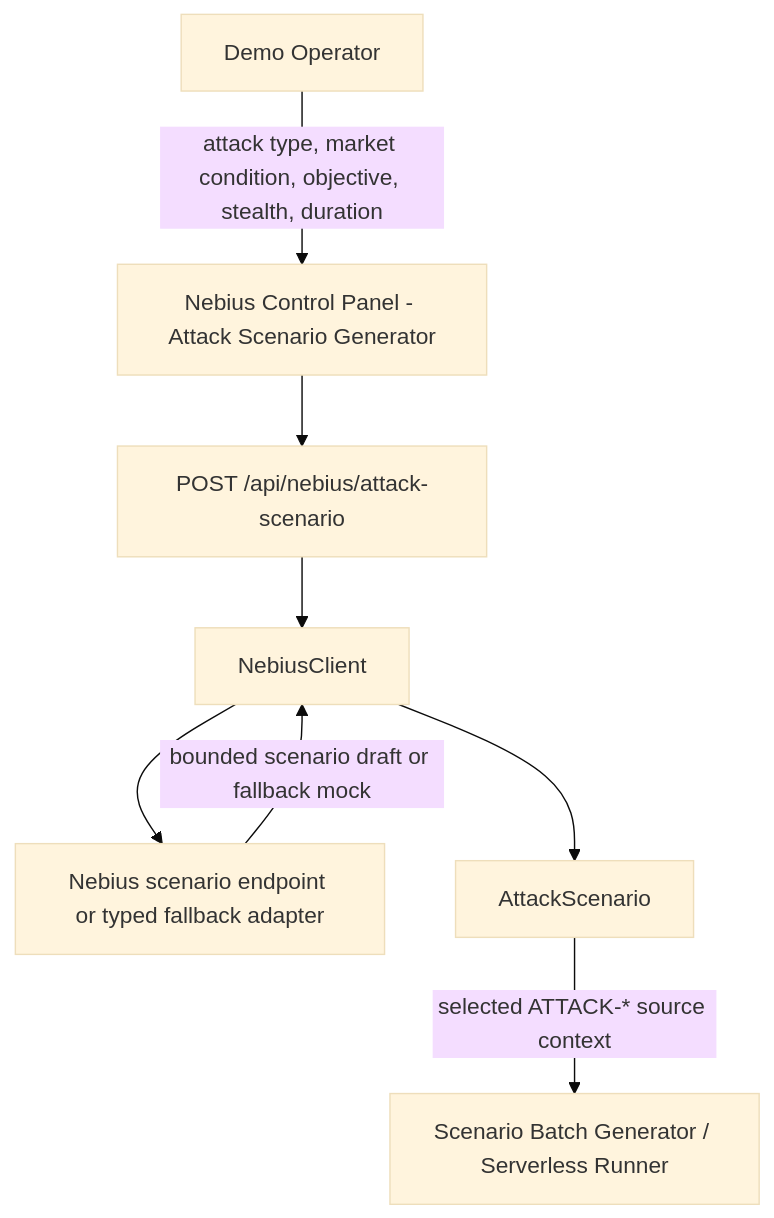
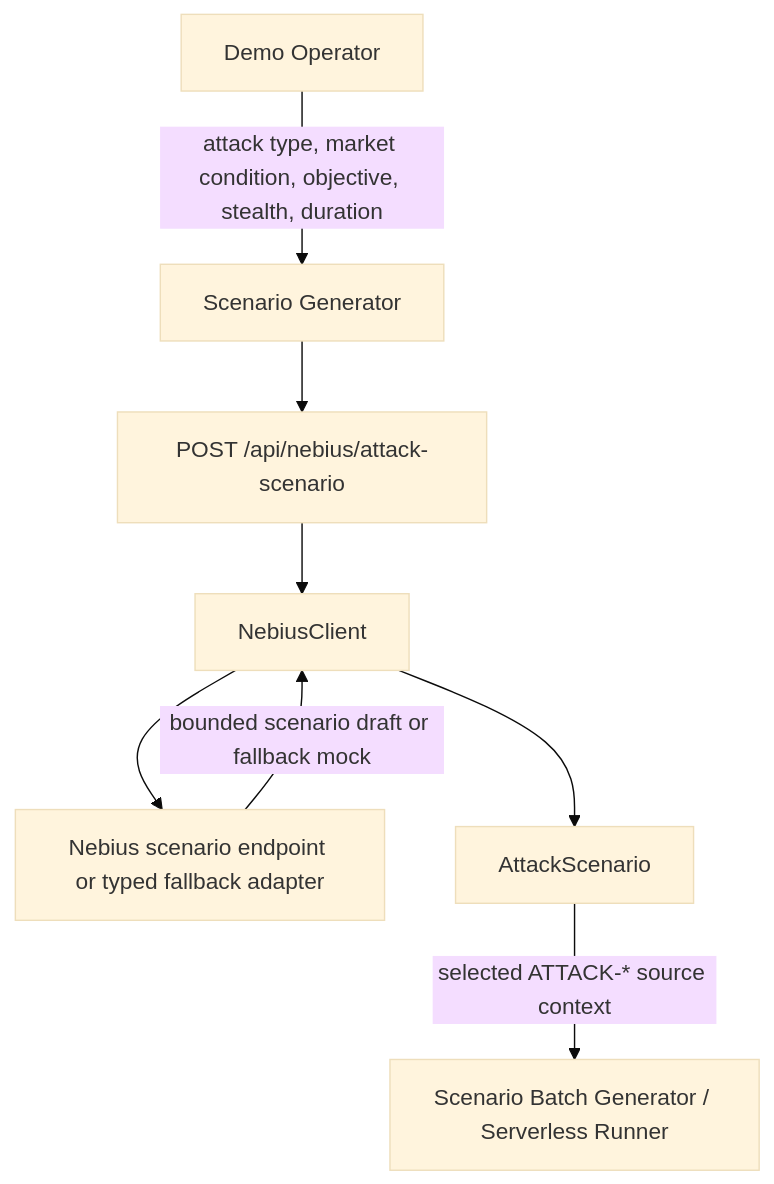
Before and after one commit to khab40/aimada: the eighth of 12 diagrams in docs/USE_CASES.md, drawn with Mermaid (base theme). The commit also changed other lines of this file and 43 other files, not shown here.

````diff
--- a/docs/USE_CASES.md
+++ b/docs/USE_CASES.md
@@ -290,18 +290,18 @@
 ```mermaid
 graph TD
     Operator["Demo Operator"]
-    Control["Nebius Control Panel - Attack Scenario Generator"]
+    Control["Scenario Generator"]
     Backend["POST /api/nebius/attack-scenario"]
     NebiusClient["NebiusClient"]
     Endpoint["Nebius scenario endpoint or typed fallback adapter"]
     Config["AttackScenario"]
     Batch["Scenario Batch Generator / Serverless Runner"]
 
     Operator -->|"attack type, market condition, objective, stealth, duration"| Control
     Control --> Backend
     Backend --> NebiusClient
     NebiusClient --> Endpoint
     Endpoint -->|"bounded scenario draft or fallback mock"| NebiusClient
     NebiusClient --> Config
     Config -->|"selected ATTACK-* source context"| Batch
 ```
````
